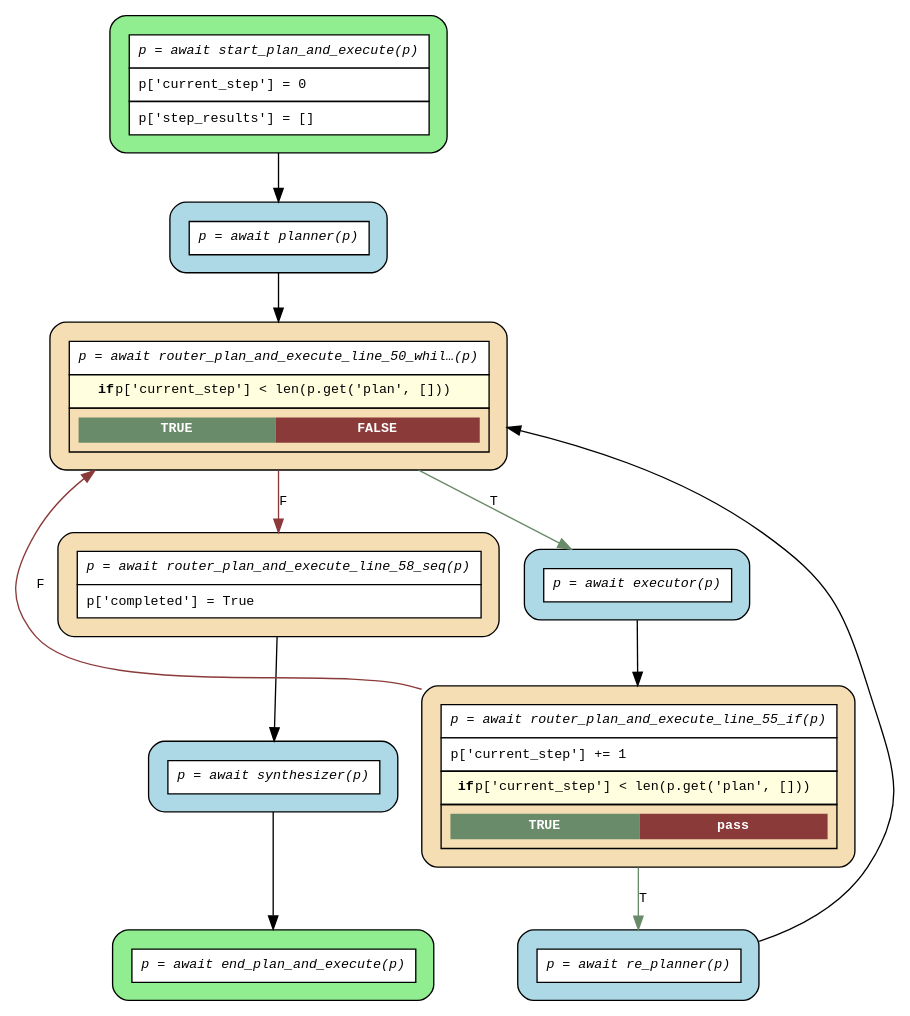
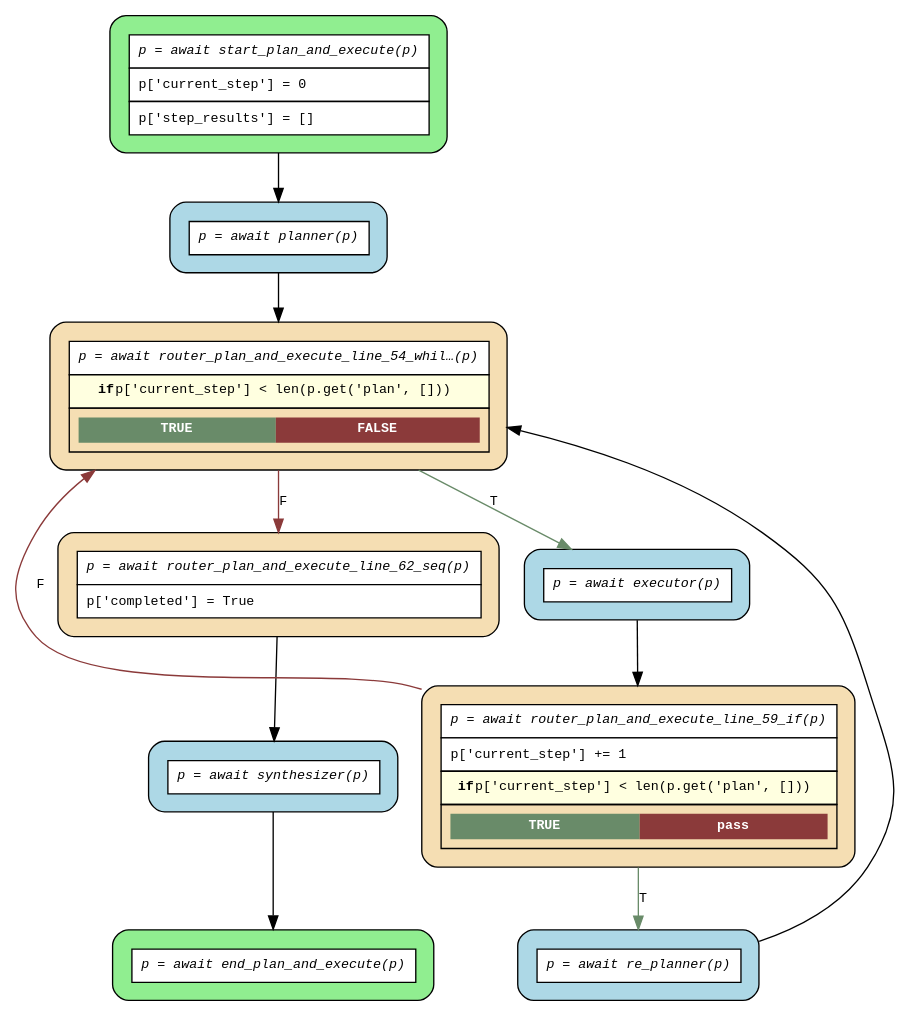
The diagram in examples/flows/agentic/compiled/plan_and_execute/flow.dot (deliveryhero/asya), drawn with Graphviz before and after one commit. The commit also changed 252 other files, not shown here.

First line of the commit message:
fix(flow): add @flow decorator requirement to flow entry points

```diff
--- a/examples/flows/agentic/compiled/plan_and_execute/flow.dot
+++ b/examples/flows/agentic/compiled/plan_and_execute/flow.dot
@@ -1,27 +1,27 @@
 digraph flow {
   rankdir=TB;
   graph [fontname="Courier", fontsize=10];
   node [fontname="Courier", fontsize=10, shape=box, style="filled,rounded", margin="0.2"];
   edge [fontname="Courier", fontsize=10];
 
   start_plan_and_execute [fillcolor="lightgreen", group="main", label=<<table border="0" cellspacing="0" cellpadding="6" cellborder="1"><tr><td bgcolor="white" align="center"><i>p = await start_plan_and_execute(p)</i></td></tr><tr><td bgcolor="white" align="left">p['current_step'] = 0</td></tr><tr><td bgcolor="white" align="left">p['step_results'] = []</td></tr></table>>];
-  router_plan_and_execute_line_58_seq [fillcolor="wheat", group="main", label=<<table border="0" cellspacing="0" cellpadding="6" cellborder="1"><tr><td bgcolor="white" align="center"><i>p = await router_plan_and_execute_line_58_seq(p)</i></td></tr><tr><td bgcolor="white" align="left">p['completed'] = True</td></tr></table>>];
-  router_plan_and_execute_line_55_if [fillcolor="wheat", group="main", label=<<table border="0" cellspacing="0" cellpadding="6" cellborder="1"><tr><td bgcolor="white" align="center"><i>p = await router_plan_and_execute_line_55_if(p)</i></td></tr><tr><td bgcolor="white" align="left">p['current_step'] += 1</td></tr><tr><td bgcolor="lightyellow"><b>if</b> p['current_step'] &lt; len(p.get('plan', []))</td></tr><tr><td><table border="0" cellspacing="0" cellpadding="4"><tr><td bgcolor="darkseagreen4"><font color="white"><b>TRUE</b></font></td><td bgcolor="indianred4"><font color="white"><b>pass</b></font></td></tr></table></td></tr></table>>];
-  router_plan_and_execute_line_50_while_0 [fillcolor="wheat", group="main", label=<<table border="0" cellspacing="0" cellpadding="6" cellborder="1"><tr><td bgcolor="white" align="center"><i>p = await router_plan_and_execute_line_50_whil…(p)</i></td></tr><tr><td bgcolor="lightyellow"><b>if</b> p['current_step'] &lt; len(p.get('plan', []))</td></tr><tr><td><table border="0" cellspacing="0" cellpadding="4"><tr><td bgcolor="darkseagreen4"><font color="white"><b>TRUE</b></font></td><td bgcolor="indianred4"><font color="white"><b>FALSE</b></font></td></tr></table></td></tr></table>>];
+  router_plan_and_execute_line_62_seq [fillcolor="wheat", group="main", label=<<table border="0" cellspacing="0" cellpadding="6" cellborder="1"><tr><td bgcolor="white" align="center"><i>p = await router_plan_and_execute_line_62_seq(p)</i></td></tr><tr><td bgcolor="white" align="left">p['completed'] = True</td></tr></table>>];
+  router_plan_and_execute_line_59_if [fillcolor="wheat", group="main", label=<<table border="0" cellspacing="0" cellpadding="6" cellborder="1"><tr><td bgcolor="white" align="center"><i>p = await router_plan_and_execute_line_59_if(p)</i></td></tr><tr><td bgcolor="white" align="left">p['current_step'] += 1</td></tr><tr><td bgcolor="lightyellow"><b>if</b> p['current_step'] &lt; len(p.get('plan', []))</td></tr><tr><td><table border="0" cellspacing="0" cellpadding="4"><tr><td bgcolor="darkseagreen4"><font color="white"><b>TRUE</b></font></td><td bgcolor="indianred4"><font color="white"><b>pass</b></font></td></tr></table></td></tr></table>>];
+  router_plan_and_execute_line_54_while_0 [fillcolor="wheat", group="main", label=<<table border="0" cellspacing="0" cellpadding="6" cellborder="1"><tr><td bgcolor="white" align="center"><i>p = await router_plan_and_execute_line_54_whil…(p)</i></td></tr><tr><td bgcolor="lightyellow"><b>if</b> p['current_step'] &lt; len(p.get('plan', []))</td></tr><tr><td><table border="0" cellspacing="0" cellpadding="4"><tr><td bgcolor="darkseagreen4"><font color="white"><b>TRUE</b></font></td><td bgcolor="indianred4"><font color="white"><b>FALSE</b></font></td></tr></table></td></tr></table>>];
   end_plan_and_execute [fillcolor="lightgreen", group="main", label=<<table border="0" cellspacing="0" cellpadding="6" cellborder="1"><tr><td bgcolor="white" align="center"><i>p = await end_plan_and_execute(p)</i></td></tr></table>>];
   executor [fillcolor="lightblue", label=<<table border="0" cellspacing="0" cellpadding="6" cellborder="1"><tr><td bgcolor="white" align="center"><i>p = await executor(p)</i></td></tr></table>>];
   planner [fillcolor="lightblue", label=<<table border="0" cellspacing="0" cellpadding="6" cellborder="1"><tr><td bgcolor="white" align="center"><i>p = await planner(p)</i></td></tr></table>>];
   re_planner [fillcolor="lightblue", label=<<table border="0" cellspacing="0" cellpadding="6" cellborder="1"><tr><td bgcolor="white" align="center"><i>p = await re_planner(p)</i></td></tr></table>>];
   synthesizer [fillcolor="lightblue", label=<<table border="0" cellspacing="0" cellpadding="6" cellborder="1"><tr><td bgcolor="white" align="center"><i>p = await synthesizer(p)</i></td></tr></table>>];
 
-  executor -> router_plan_and_execute_line_55_if;
-  planner -> router_plan_and_execute_line_50_while_0;
-  re_planner -> router_plan_and_execute_line_50_while_0 [constraint=false];
-  router_plan_and_execute_line_50_while_0 -> executor [label="T", color=darkseagreen4];
-  router_plan_and_execute_line_50_while_0 -> router_plan_and_execute_line_58_seq [label="F", color=indianred4];
-  router_plan_and_execute_line_55_if -> re_planner [label="T", color=darkseagreen4];
-  router_plan_and_execute_line_55_if -> router_plan_and_execute_line_50_while_0 [label="F", color=indianred4, constraint=false];
-  router_plan_and_execute_line_58_seq -> synthesizer;
+  executor -> router_plan_and_execute_line_59_if;
+  planner -> router_plan_and_execute_line_54_while_0;
+  re_planner -> router_plan_and_execute_line_54_while_0 [constraint=false];
+  router_plan_and_execute_line_54_while_0 -> executor [label="T", color=darkseagreen4];
+  router_plan_and_execute_line_54_while_0 -> router_plan_and_execute_line_62_seq [label="F", color=indianred4];
+  router_plan_and_execute_line_59_if -> re_planner [label="T", color=darkseagreen4];
+  router_plan_and_execute_line_59_if -> router_plan_and_execute_line_54_while_0 [label="F", color=indianred4, constraint=false];
+  router_plan_and_execute_line_62_seq -> synthesizer;
   start_plan_and_execute -> planner;
   synthesizer -> end_plan_and_execute;
 }
```
